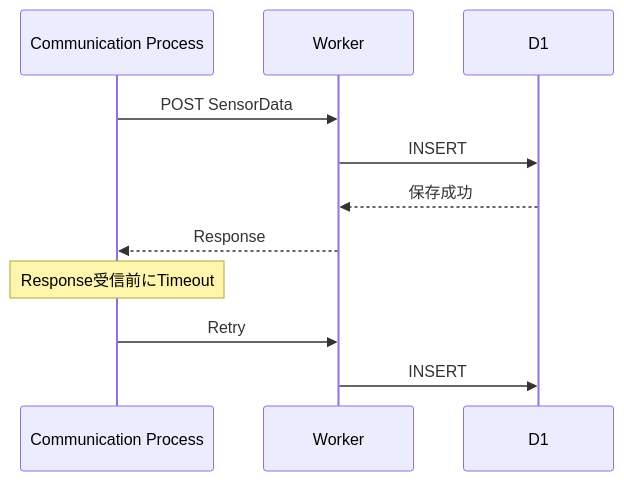
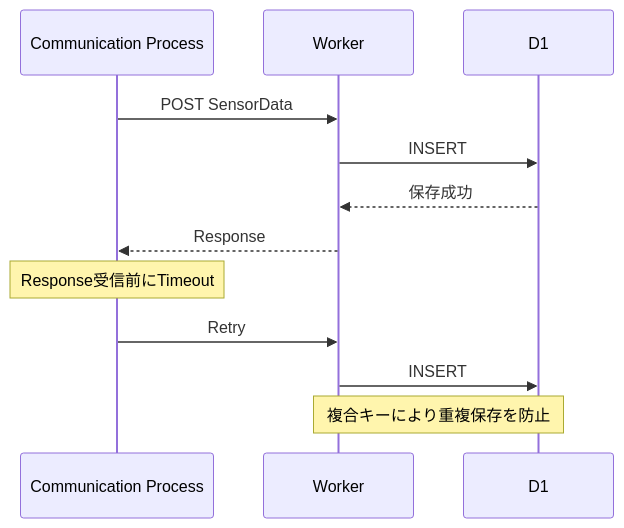
One commit to yujimasuda77777/Raspberry_Pi_4B_Edge_IoT_System changed diagram 25 of 31 in docs/07_verification_review.md. Above: the diagram before and after it, drawn with Mermaid. The commit also changed other lines of this file and 1 other file, not shown here.

````diff
--- a/docs/07_verification_review.md
+++ b/docs/07_verification_review.md
@@ -2000,14 +2222,15 @@
-```mermaid id="e5u7az"
+```mermaid
 sequenceDiagram
     participant C as Communication Process
     participant W as Worker
     participant D as D1
 
     C->>W: POST SensorData
     W->>D: INSERT
     D-->>W: 保存成功
     W-->>C: Response
     Note over C: Response受信前にTimeout
     C->>W: Retry
     W->>D: INSERT
+    Note over W,D: 複合キーにより重複保存を防止
 ```
````
